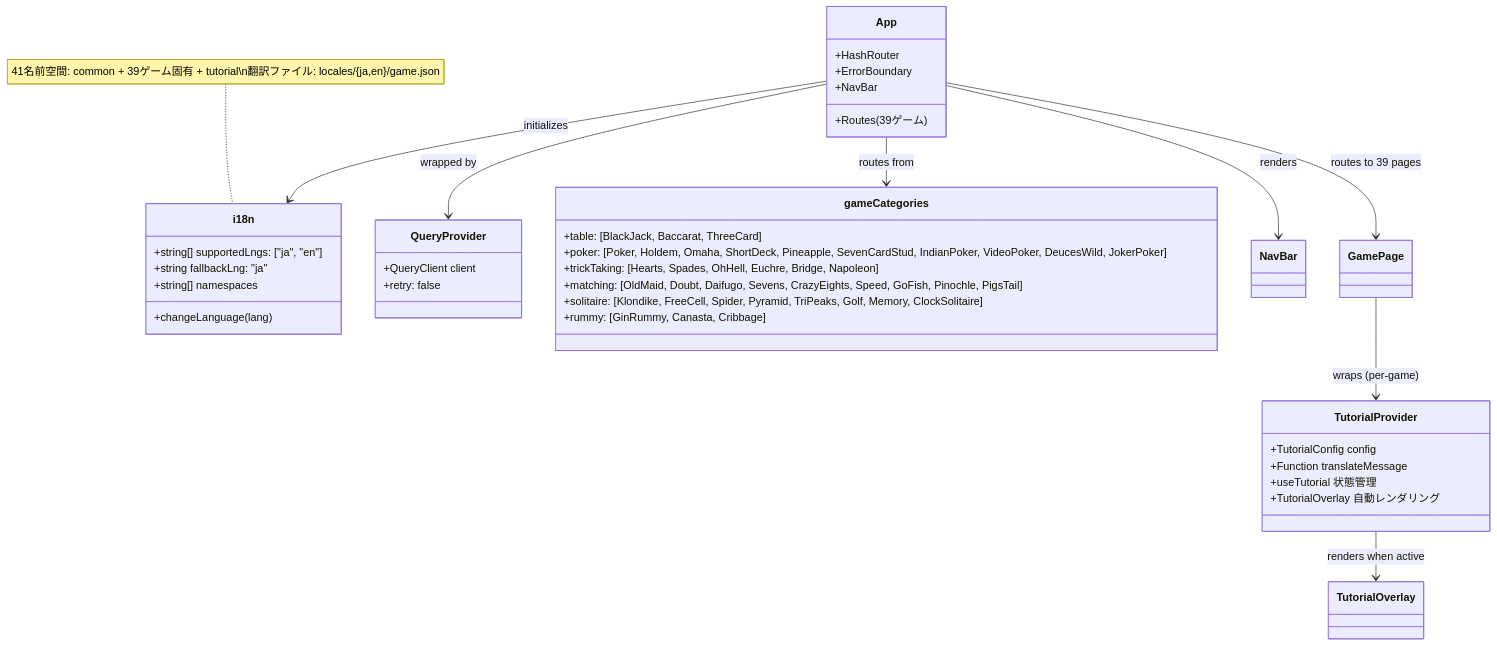
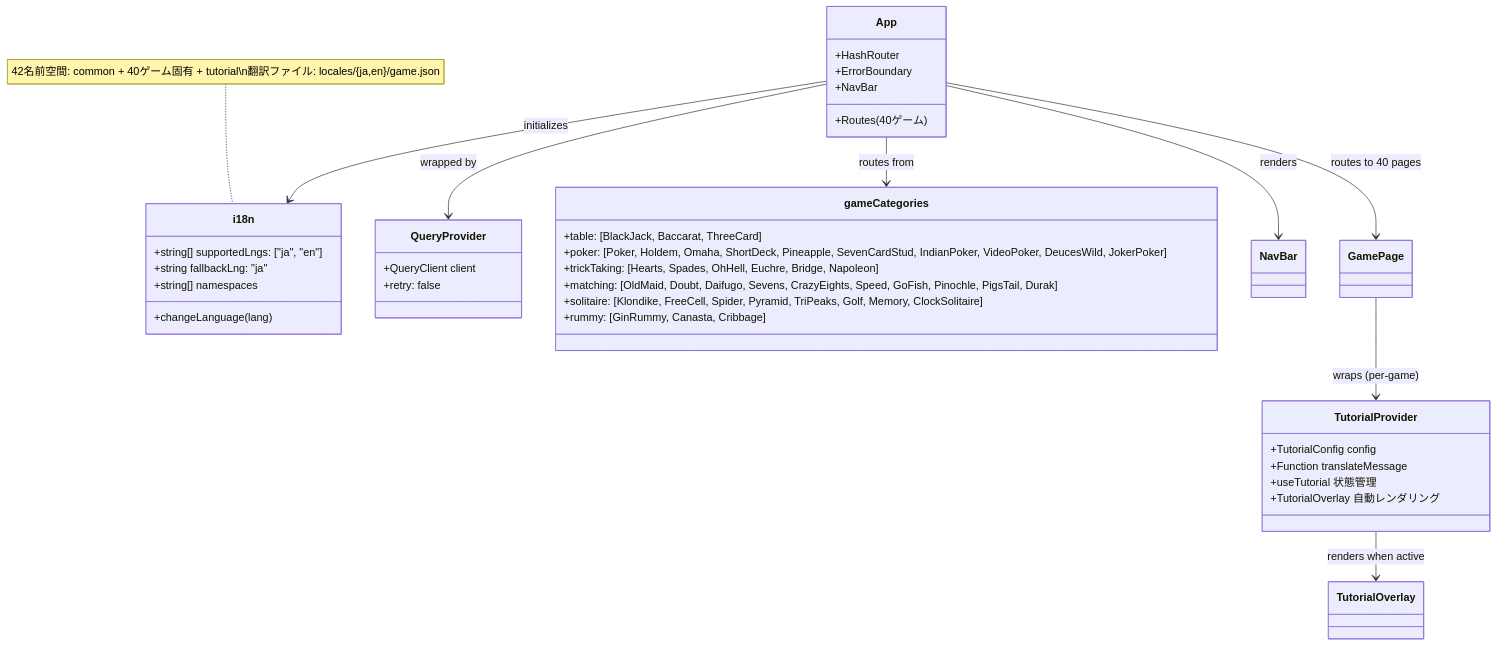
One commit to yuta-yoshinaga/go_trumpcards changed the ninth of 32 diagrams in docs/design/frontend.md. Above: the diagram before and after it, drawn with Mermaid. The commit also changed other lines of this file and 52 other files, not shown here.

First line of the commit message:
feat: add Durak (ドゥラーク) card game

````diff
--- a/docs/design/frontend.md
+++ b/docs/design/frontend.md
@@ -1460,47 +1516,47 @@
 ```mermaid
 classDiagram
     class i18n {
         +string[] supportedLngs: ["ja", "en"]
         +string fallbackLng: "ja"
         +string[] namespaces
         +changeLanguage(lang)
     }
 
     class QueryProvider {
         +QueryClient client
         +retry: false
     }
 
     class App {
         +HashRouter
         +ErrorBoundary
         +NavBar
-        +Routes (39ゲーム)
+        +Routes (40ゲーム)
     }
 
     class gameCategories {
         +table: [BlackJack, Baccarat, ThreeCard]
         +poker: [Poker, Holdem, Omaha, ShortDeck, Pineapple, SevenCardStud, IndianPoker, VideoPoker, DeucesWild, JokerPoker]
         +trickTaking: [Hearts, Spades, OhHell, Euchre, Bridge, Napoleon]
-        +matching: [OldMaid, Doubt, Daifugo, Sevens, CrazyEights, Speed, GoFish, Pinochle, PigsTail]
+        +matching: [OldMaid, Doubt, Daifugo, Sevens, CrazyEights, Speed, GoFish, Pinochle, PigsTail, Durak]
         +solitaire: [Klondike, FreeCell, Spider, Pyramid, TriPeaks, Golf, Memory, ClockSolitaire]
         +rummy: [GinRummy, Canasta, Cribbage]
     }
 
     class TutorialProvider {
         +TutorialConfig config
         +Function translateMessage
         +useTutorial 状態管理
         +TutorialOverlay 自動レンダリング
     }
 
     App --> QueryProvider : wrapped by
     App --> i18n : initializes
     App --> gameCategories : routes from
     App --> NavBar : renders
-    App --> GamePage : routes to 39 pages
+    App --> GamePage : routes to 40 pages
     GamePage --> TutorialProvider : wraps (per-game)
     TutorialProvider --> TutorialOverlay : renders when active
 
-    note for i18n "41名前空間: common + 39ゲーム固有 + tutorial\n翻訳ファイル: locales/{ja,en}/game.json"
+    note for i18n "42名前空間: common + 40ゲーム固有 + tutorial\n翻訳ファイル: locales/{ja,en}/game.json"
 ```
````
